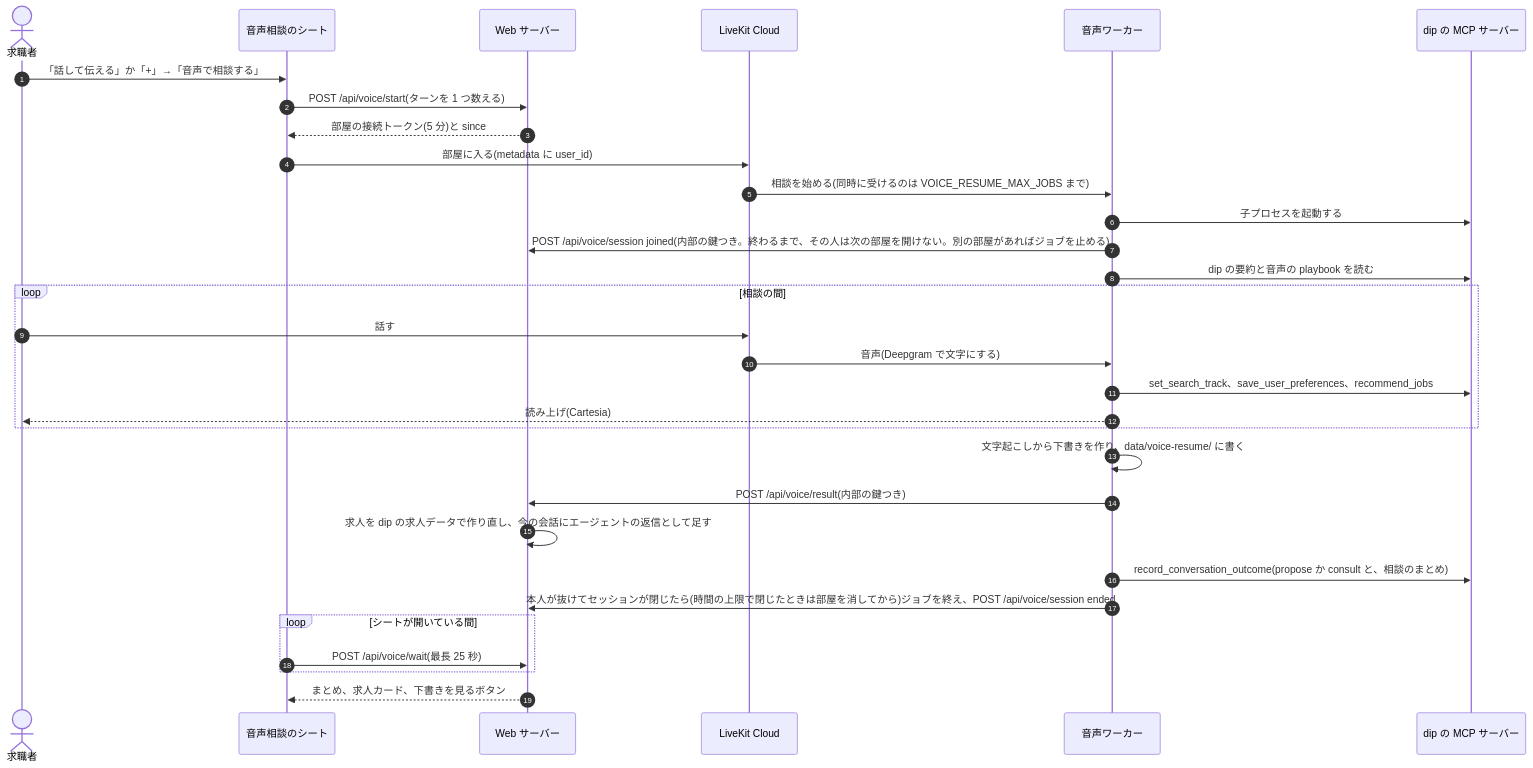
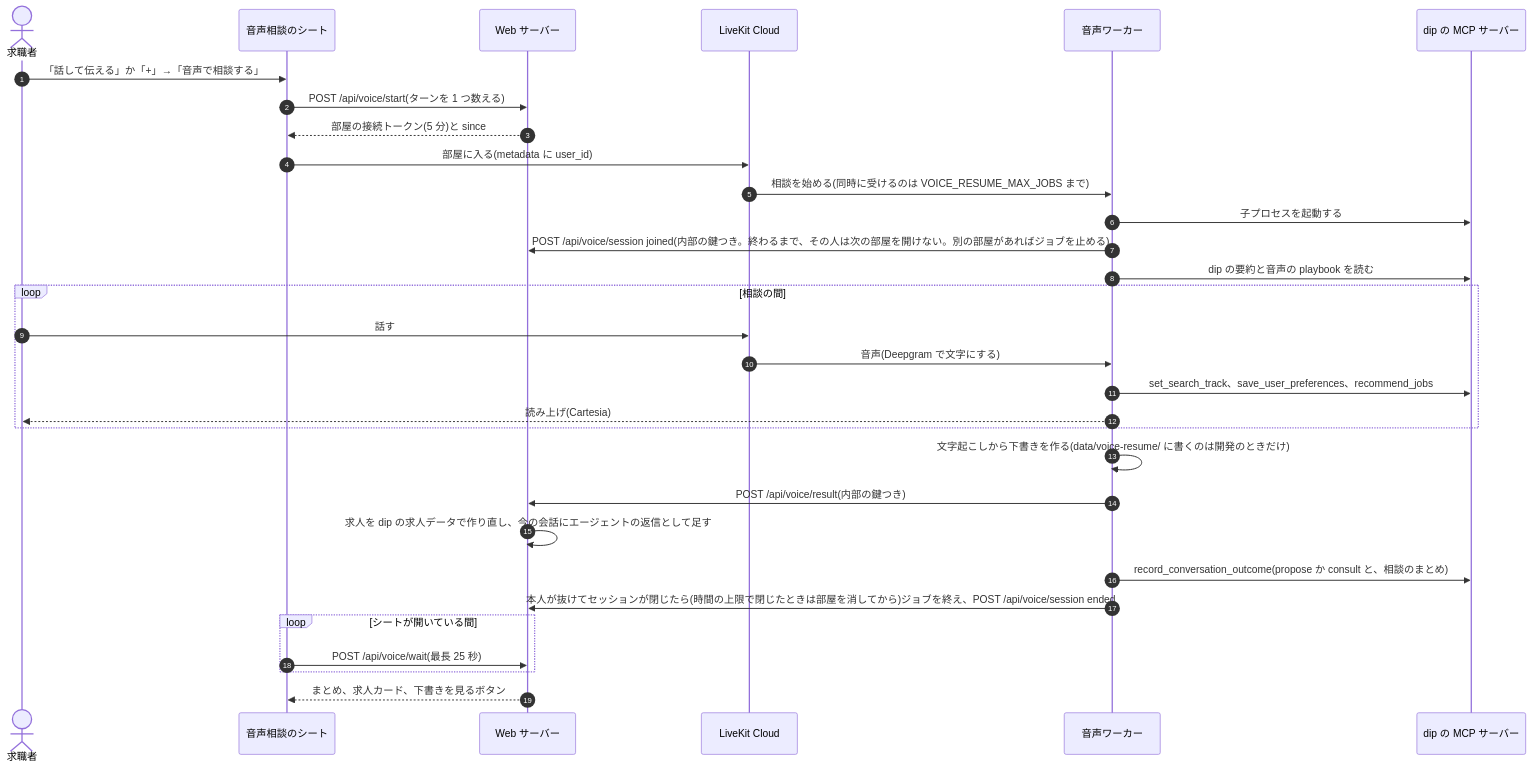
One commit to jyoka/aica changed the sixth of 12 diagrams in docs/architecture/hld.md. Above: the diagram before and after it, drawn with Mermaid. The commit also changed other lines of this file and 9 other files, not shown here.

````diff
--- a/docs/architecture/hld.md
+++ b/docs/architecture/hld.md
@@ -420,34 +420,34 @@
 ```mermaid
 sequenceDiagram
     autonumber
     actor U as 求職者
     participant P as 音声相談のシート
     participant S as Web サーバー
     participant K as LiveKit Cloud
     participant W as 音声ワーカー
     participant D as dip の MCP サーバー
 
     U->>P: 「話して伝える」か「+」→「音声で相談する」
     P->>S: POST /api/voice/start(ターンを 1 つ数える)
     S-->>P: 部屋の接続トークン(5 分)と since
     P->>K: 部屋に入る(metadata に user_id)
     K->>W: 相談を始める(同時に受けるのは VOICE_RESUME_MAX_JOBS まで)
     W->>D: 子プロセスを起動する
     W->>S: POST /api/voice/session joined(内部の鍵つき。終わるまで、その人は次の部屋を開けない。別の部屋があればジョブを止める)
     W->>D: dip の要約と音声の playbook を読む
     loop 相談の間
         U->>K: 話す
         K->>W: 音声(Deepgram で文字にする)
         W->>D: set_search_track、save_user_preferences、recommend_jobs
         W-->>U: 読み上げ(Cartesia)
     end
-    W->>W: 文字起こしから下書きを作り、data/voice-resume/ に書く
+    W->>W: 文字起こしから下書きを作る(data/voice-resume/ に書くのは開発のときだけ)
     W->>S: POST /api/voice/result(内部の鍵つき)
     S->>S: 求人を dip の求人データで作り直し、今の会話にエージェントの返信として足す
     W->>D: record_conversation_outcome(propose か consult と、相談のまとめ)
     W->>S: 本人が抜けてセッションが閉じたら(時間の上限で閉じたときは部屋を消してから)ジョブを終え、POST /api/voice/session ended
     loop シートが開いている間
         P->>S: POST /api/voice/wait(最長 25 秒)
     end
     S-->>P: まとめ、求人カード、下書きを見るボタン
 ```
````
